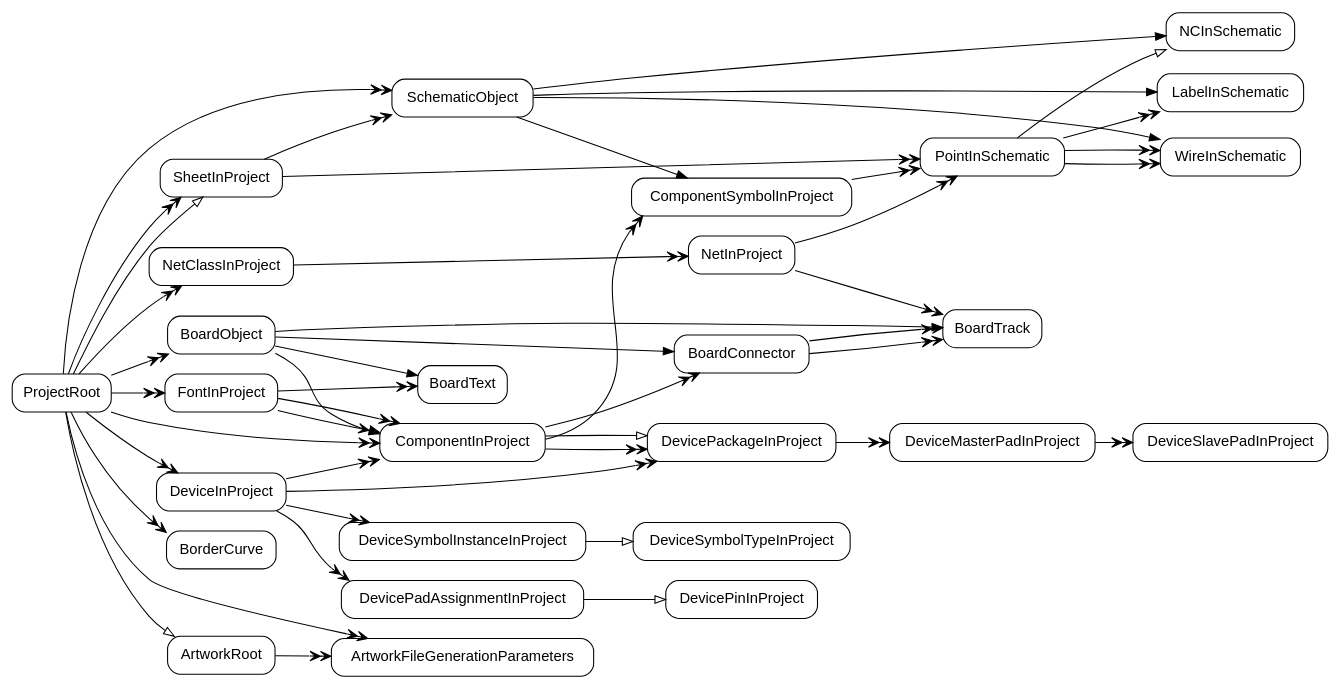
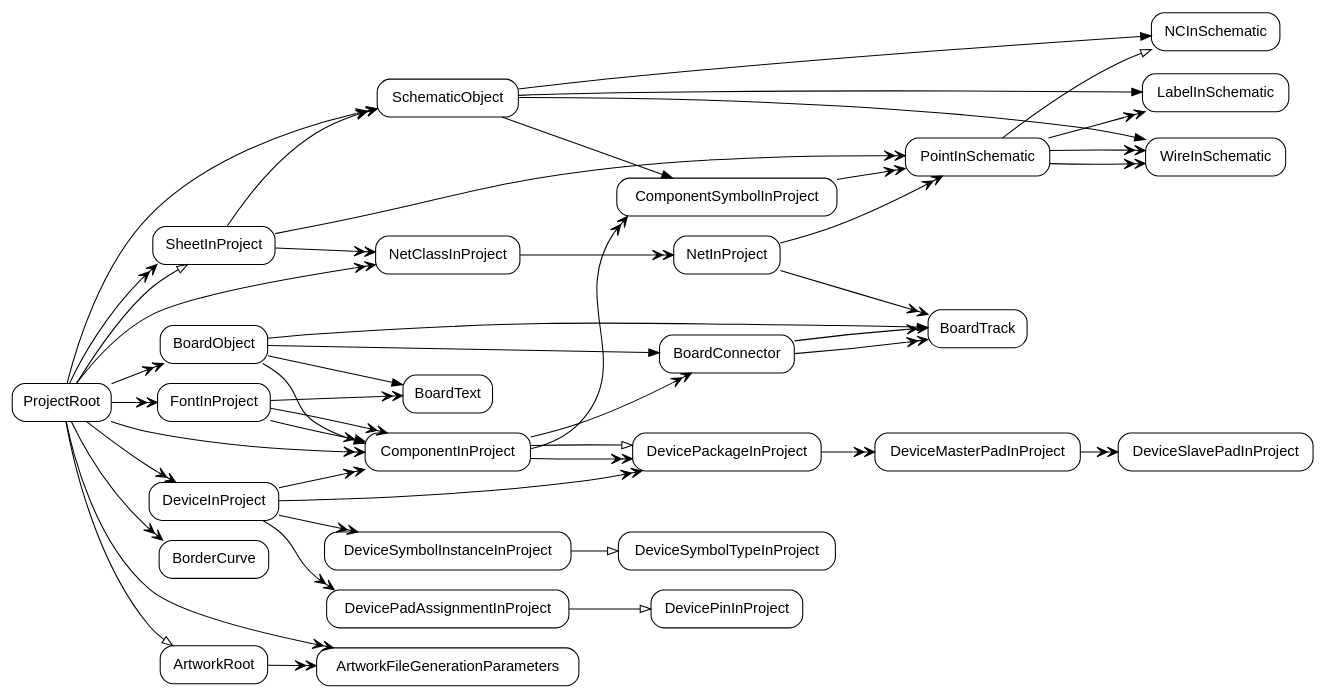
One commit to pierremolinaro/ElCanari-dev changed the diagram in models/strong-ProjectRoot.dot. Above: the diagram before and after it, drawn with Graphviz. The commit also changed 27 other files, not shown here.

```diff
--- a/models/strong-ProjectRoot.dot
+++ b/models/strong-ProjectRoot.dot
@@ -1,78 +1,79 @@
 digraph G {
   rankdir=LR ;
   node [shape=record fontname=helvetica style=rounded] ;
   ProjectRoot ;
   SchematicObject ;
   SheetInProject ;
   PointInSchematic ;
   WireInSchematic ;
   NCInSchematic ;
   LabelInSchematic ;
   NetClassInProject ;
   NetInProject ;
   BoardTrack ;
   FontInProject ;
   BoardText ;
   DeviceInProject ;
   DeviceSymbolInstanceInProject ;
   DeviceSymbolTypeInProject ;
   DevicePadAssignmentInProject ;
   DevicePinInProject ;
   DevicePackageInProject ;
   DeviceMasterPadInProject ;
   DeviceSlavePadInProject ;
   ComponentInProject ;
   ComponentSymbolInProject ;
   BoardConnector ;
   BorderCurve ;
   BoardObject ;
   ArtworkRoot ;
   ArtworkFileGenerationParameters ;
   ProjectRoot -> ArtworkFileGenerationParameters [dir=both arrowtail=none arrowhead=veevee] ;
   ProjectRoot -> ArtworkRoot [dir=both arrowtail=none arrowhead=onormal] ;
   ProjectRoot -> BoardObject [dir=both arrowtail=none arrowhead=veevee] ;
   ProjectRoot -> BorderCurve [dir=both arrowtail=none arrowhead=veevee] ;
   ProjectRoot -> ComponentInProject [dir=both arrowtail=none arrowhead=veevee] ;
   ProjectRoot -> DeviceInProject [dir=both arrowtail=none arrowhead=veevee] ;
   ProjectRoot -> FontInProject [dir=both arrowtail=none arrowhead=veevee] ;
   ProjectRoot -> NetClassInProject [dir=both arrowtail=none arrowhead=veevee] ;
   ProjectRoot -> SheetInProject [dir=both arrowtail=none arrowhead=onormal] ;
   ProjectRoot -> SheetInProject [dir=both arrowtail=none arrowhead=veevee] ;
   ProjectRoot -> SchematicObject [dir=both arrowtail=none arrowhead=veevee] ;
   SheetInProject -> SchematicObject [dir=both arrowtail=none arrowhead=veevee] ;
   SheetInProject -> PointInSchematic [dir=both arrowtail=none arrowhead=veevee] ;
+  SheetInProject -> NetClassInProject [dir=both arrowtail=none arrowhead=veevee] ;
   PointInSchematic -> LabelInSchematic [dir=both arrowtail=none arrowhead=veevee] ;
   PointInSchematic -> NCInSchematic [dir=both arrowtail=none arrowhead=onormal] ;
   PointInSchematic -> WireInSchematic [dir=both arrowtail=none arrowhead=veevee] ;
   PointInSchematic -> WireInSchematic [dir=both arrowtail=none arrowhead=veevee] ;
   SchematicObject -> WireInSchematic [arrowtail=dot arrowhead=normal] ;
   SchematicObject -> NCInSchematic [arrowtail=dot arrowhead=normal] ;
   SchematicObject -> LabelInSchematic [arrowtail=dot arrowhead=normal] ;
   NetClassInProject -> NetInProject [dir=both arrowtail=none arrowhead=veevee] ;
   NetInProject -> PointInSchematic [dir=both arrowtail=none arrowhead=veevee] ;
   NetInProject -> BoardTrack [dir=both arrowtail=none arrowhead=veevee] ;
   BoardObject -> BoardTrack [arrowtail=dot arrowhead=normal] ;
   FontInProject -> ComponentInProject [dir=both arrowtail=none arrowhead=veevee] ;
   FontInProject -> ComponentInProject [dir=both arrowtail=none arrowhead=veevee] ;
   FontInProject -> BoardText [dir=both arrowtail=none arrowhead=veevee] ;
   BoardObject -> BoardText [arrowtail=dot arrowhead=normal] ;
   DeviceInProject -> ComponentInProject [dir=both arrowtail=none arrowhead=veevee] ;
   DeviceInProject -> DevicePackageInProject [dir=both arrowtail=none arrowhead=veevee] ;
   DeviceInProject -> DevicePadAssignmentInProject [dir=both arrowtail=none arrowhead=veevee] ;
   DeviceInProject -> DeviceSymbolInstanceInProject [dir=both arrowtail=none arrowhead=veevee] ;
   DeviceSymbolInstanceInProject -> DeviceSymbolTypeInProject [dir=both arrowtail=none arrowhead=onormal] ;
   DevicePadAssignmentInProject -> DevicePinInProject [dir=both arrowtail=none arrowhead=onormal] ;
   DevicePackageInProject -> DeviceMasterPadInProject [dir=both arrowtail=none arrowhead=veevee] ;
   DeviceMasterPadInProject -> DeviceSlavePadInProject [dir=both arrowtail=none arrowhead=veevee] ;
   BoardObject -> ComponentInProject [arrowtail=dot arrowhead=normal] ;
   ComponentInProject -> BoardConnector [dir=both arrowtail=none arrowhead=veevee] ;
   ComponentInProject -> DevicePackageInProject [dir=both arrowtail=none arrowhead=veevee] ;
   ComponentInProject -> DevicePackageInProject [dir=both arrowtail=none arrowhead=onormal] ;
   ComponentInProject -> ComponentSymbolInProject [dir=both arrowtail=none arrowhead=veevee] ;
   SchematicObject -> ComponentSymbolInProject [arrowtail=dot arrowhead=normal] ;
   ComponentSymbolInProject -> PointInSchematic [dir=both arrowtail=none arrowhead=veevee] ;
   BoardObject -> BoardConnector [arrowtail=dot arrowhead=normal] ;
   BoardConnector -> BoardTrack [dir=both arrowtail=none arrowhead=veevee] ;
   BoardConnector -> BoardTrack [dir=both arrowtail=none arrowhead=veevee] ;
   ArtworkRoot -> ArtworkFileGenerationParameters [dir=both arrowtail=none arrowhead=veevee] ;
 }
```
